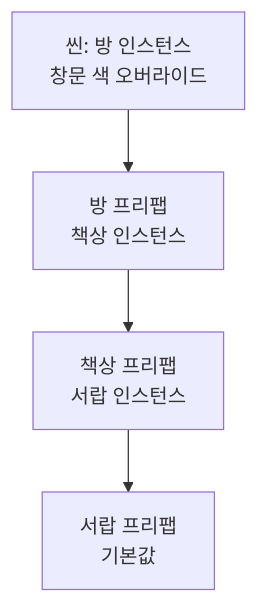
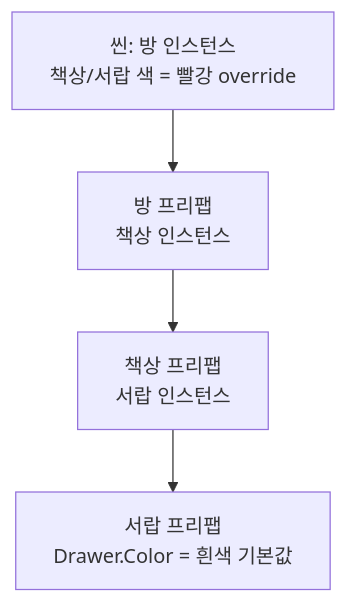
Before and after one commit to Rein-ArXiv/game-dev-curriculum: the third of 5 diagrams in tools/part01_leveleditor.md, drawn with Mermaid. The commit also changed other lines of this file and 279 other files, not shown here.

````diff
--- a/tools/part01_leveleditor.md
+++ b/tools/part01_leveleditor.md
@@ -375,6 +408,6 @@
 ```mermaid
 flowchart TB
-    Scene[씬: 방 인스턴스<br/>창문 색 오버라이드] --> Room[방 프리팹<br/>책상 인스턴스]
+    Scene[씬: 방 인스턴스<br/>책상/서랍 색 = 빨강 override] --> Room[방 프리팹<br/>책상 인스턴스]
     Room --> Desk[책상 프리팹<br/>서랍 인스턴스]
-    Desk --> Drawer[서랍 프리팹<br/>기본값]
+    Desk --> Drawer[서랍 프리팹<br/>Drawer.Color = 흰색 기본값]
 ```
````
